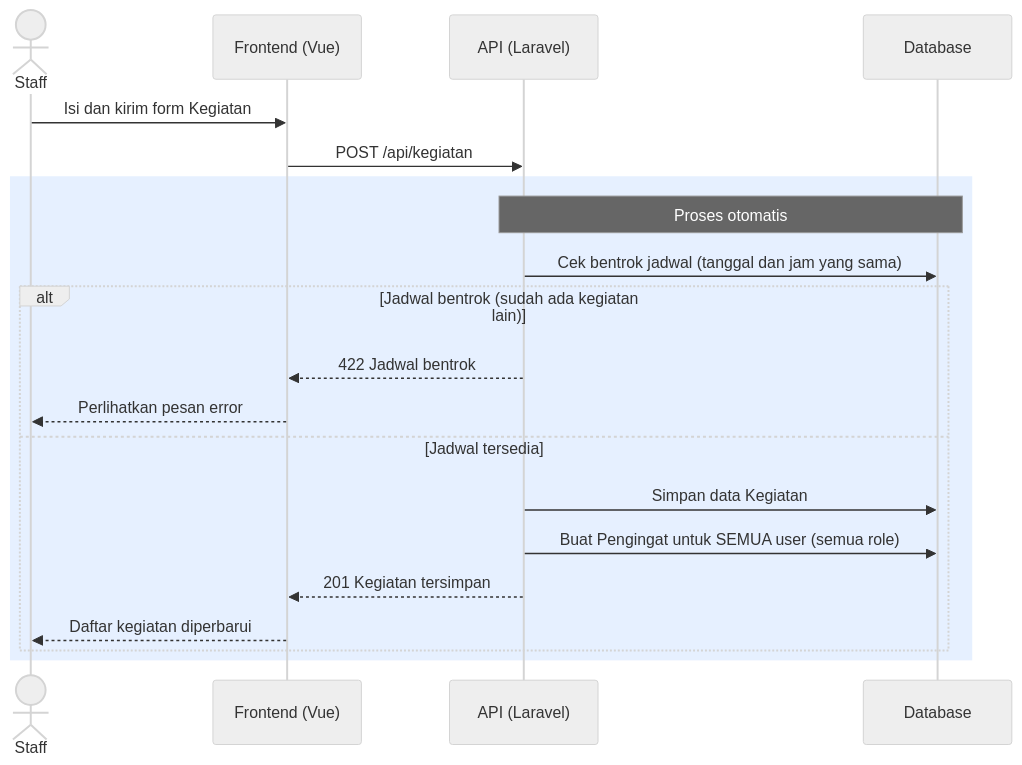
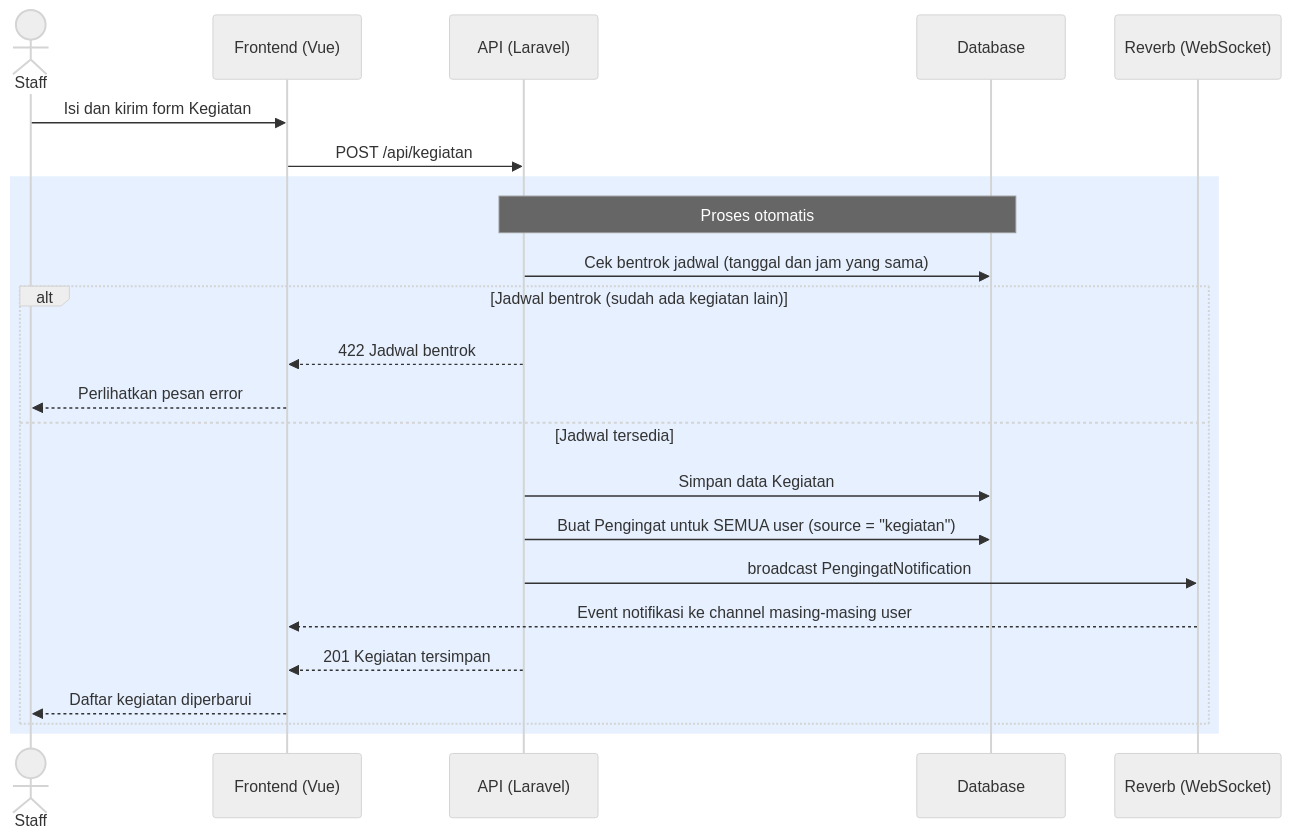
Before and after one commit to cisnatinnov/SI_Pengelolaan_Data_Agenda: the seventh of 16 diagrams in laravel-vue-mvc/docs/UML_Documentation.md, drawn with Mermaid (neutral theme). The commit also changed other lines of this file and 37 other files, not shown here.

````diff
--- a/laravel-vue-mvc/docs/UML_Documentation.md
+++ b/laravel-vue-mvc/docs/UML_Documentation.md
@@ -249,24 +263,27 @@
 ```mermaid
 sequenceDiagram
     actor Staff
     participant UI as Frontend (Vue)
     participant API as API (Laravel)
     participant DB as Database
+    participant WS as Reverb (WebSocket)
 
     Staff->>UI: Isi dan kirim form Kegiatan
     UI->>API: POST /api/kegiatan
 
     rect rgb(230, 240, 255)
         Note over API,DB: Proses otomatis
         API->>DB: Cek bentrok jadwal (tanggal dan jam yang sama)
         alt Jadwal bentrok (sudah ada kegiatan lain)
             API-->>UI: 422 Jadwal bentrok
             UI-->>Staff: Perlihatkan pesan error
         else Jadwal tersedia
             API->>DB: Simpan data Kegiatan
-            API->>DB: Buat Pengingat untuk SEMUA user (semua role)
+            API->>DB: Buat Pengingat untuk SEMUA user (source = "kegiatan")
+            API->>WS: broadcast PengingatNotification
+            WS-->>UI: Event notifikasi ke channel masing-masing user
             API-->>UI: 201 Kegiatan tersimpan
             UI-->>Staff: Daftar kegiatan diperbarui
         end
     end
 ```
````
